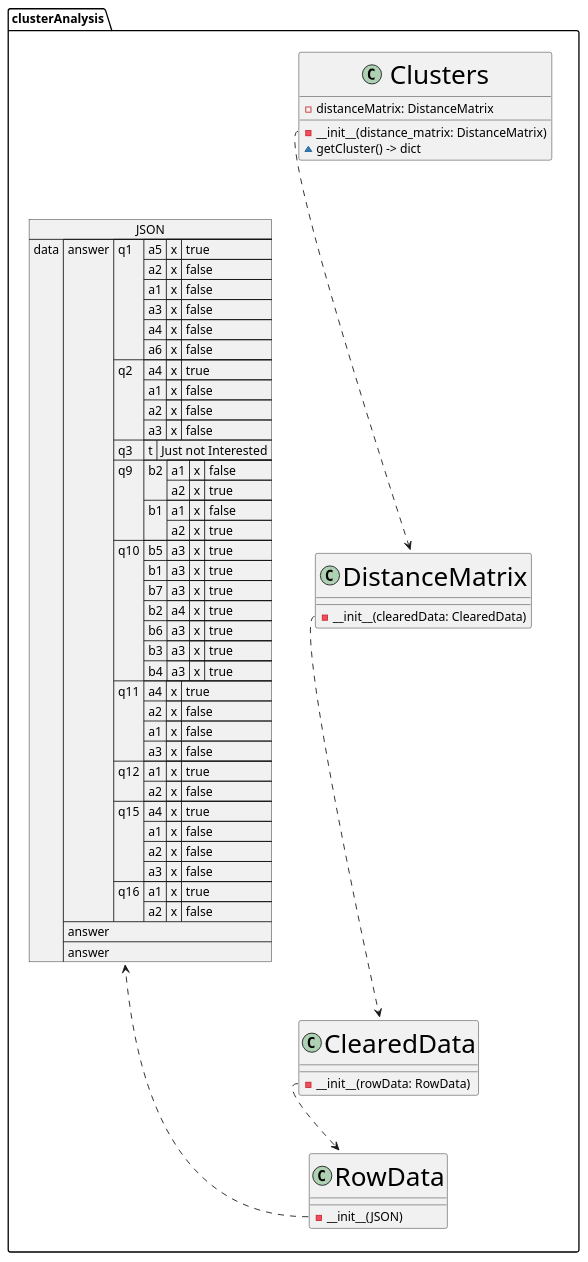
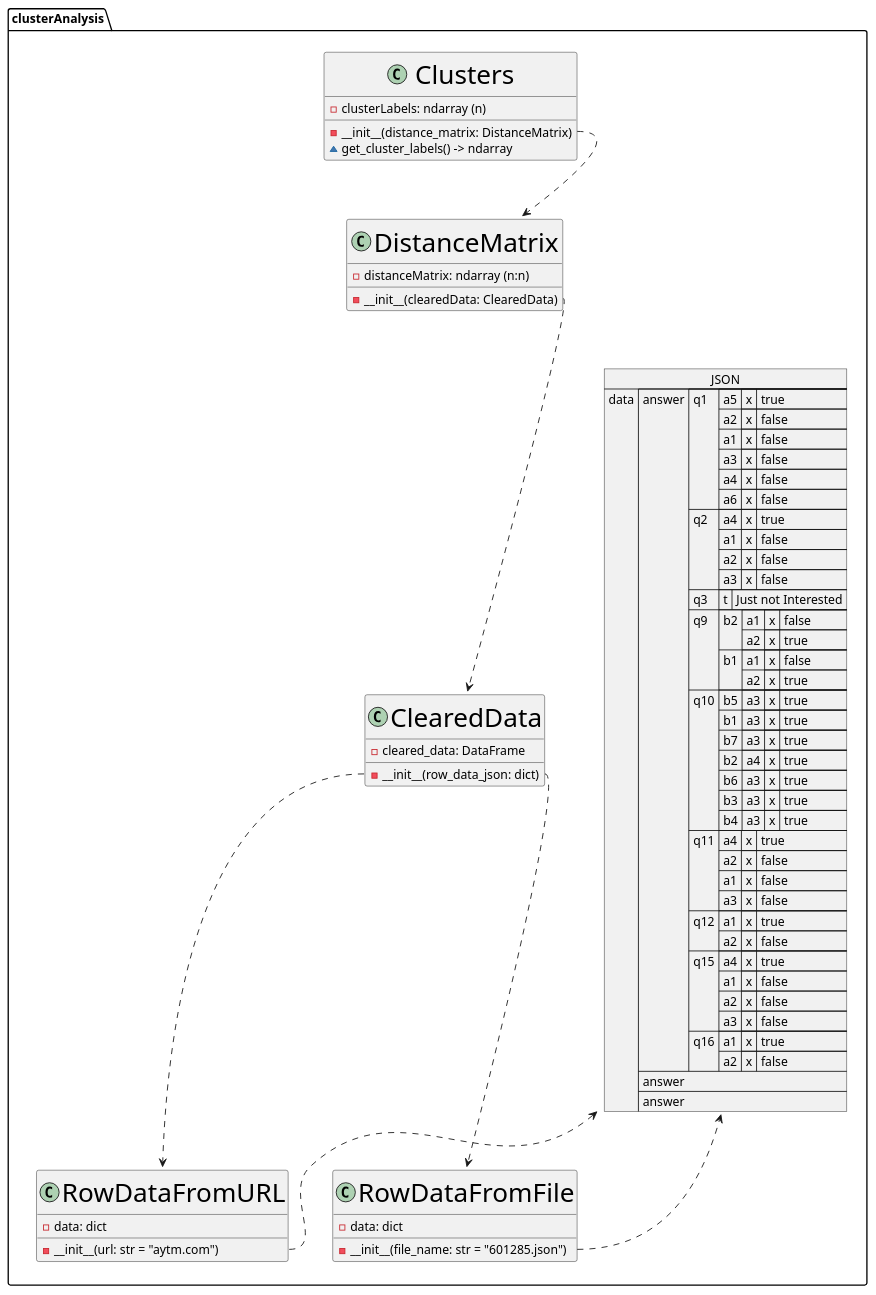
The diagram in clusterAnalysis.puml (DimitriBolt/clusterAnalysis), drawn with PlantUML before and after one commit. The commit also changed 5 other files, not shown here.

```diff
--- a/clusterAnalysis.puml
+++ b/clusterAnalysis.puml
@@ -1,41 +1,55 @@
 @startuml
 '!theme black-knight
 skinparam classFontSize 30
 package "clusterAnalysis" {
     skinparam FontSize 5
     json JSON {
     "data": [{"answer":{"q1":{"a5":{"x":true},"a2":{"x":false},"a1":{"x":false},"a3":{"x":false},"a4":{"x":false},"a6":{"x":false}},"q2":{"a4":{"x":true},"a1":{"x":false},"a2":{"x":false},"a3":{"x":false}},"q3":{"t":"Just not Interested"},"q9":{"b2":{"a1":{"x":false},"a2":{"x":true}},"b1":{"a1":{"x":false},"a2":{"x":true}}},"q10":{"b5":{"a3":{"x":true}},"b1":{"a3":{"x":true}},"b7":{"a3":{"x":true}},"b2":{"a4":{"x":true}},"b6":{"a3":{"x":true}},"b3":{"a3":{"x":true}},"b4":{"a3":{"x":true}}},"q11":{"a4":{"x":true},"a2":{"x":false},"a1":{"x":false},"a3":{"x":false}},"q12":{"a1":{"x":true},"a2":{"x":false}},"q15":{"a4":{"x":true},"a1":{"x":false},"a2":{"x":false},"a3":{"x":false}},"q16":{"a1":{"x":true},"a2":{"x":false}}}}, "answer", "answer"]
     }
     together {
-        class RowData{
-            {method}-__init__(JSON)
+        class RowDataFromURL{
+            {field}-data: dict
+            {method}-__init__(url: str = "aytm.com")
         }
         'Зависит от ..>
-        RowData::__init__ ..> JSON
+        RowDataFromURL::__init__ ..> JSON
+
+        class RowDataFromFile{
+            {field}-data: dict
+            {method}-__init__(file_name: str = "601285.json")
+        }
+        'Зависит от ..>
+        RowDataFromFile::__init__ ..> JSON
 
         class ClearedData{
-            {method}-__init__(rowData: RowData)
+            {field}-cleared_data: DataFrame
+            {method}-__init__(row_data_json: dict)
         }
         'Зависит от ..>
-        ClearedData::__init__ ..> RowData
+        ClearedData::__init__ ..> RowDataFromFile
+        ClearedData::__init__ ..> RowDataFromURL
 
         class DistanceMatrix{
+            {field}-distanceMatrix: ndarray (n:n)
             {method}-__init__(clearedData: ClearedData)
         }
         'Зависит от ..>
         DistanceMatrix::__init__ ..> ClearedData
 
         class Clusters {
-            {field}-distanceMatrix: DistanceMatrix
+            {field}-clusterLabels: ndarray (n)
             {method}-__init__(distance_matrix: DistanceMatrix)
-            {method}~getCluster() -> dict
+            {method}~get_cluster_labels() -> ndarray
         }
         'Зависит от ..>
         Clusters::__init__  ..> DistanceMatrix
     }
     'JSON -[hidden]-> Clusters
     JSON -[hidden]-> DistanceMatrix
     JSON -[hidden]-> ClearedData
+    JSON -[hidden]-> RowDataFromURL
+    JSON -[hidden]-> RowDataFromFile
+
 
 }
 @enduml
```
